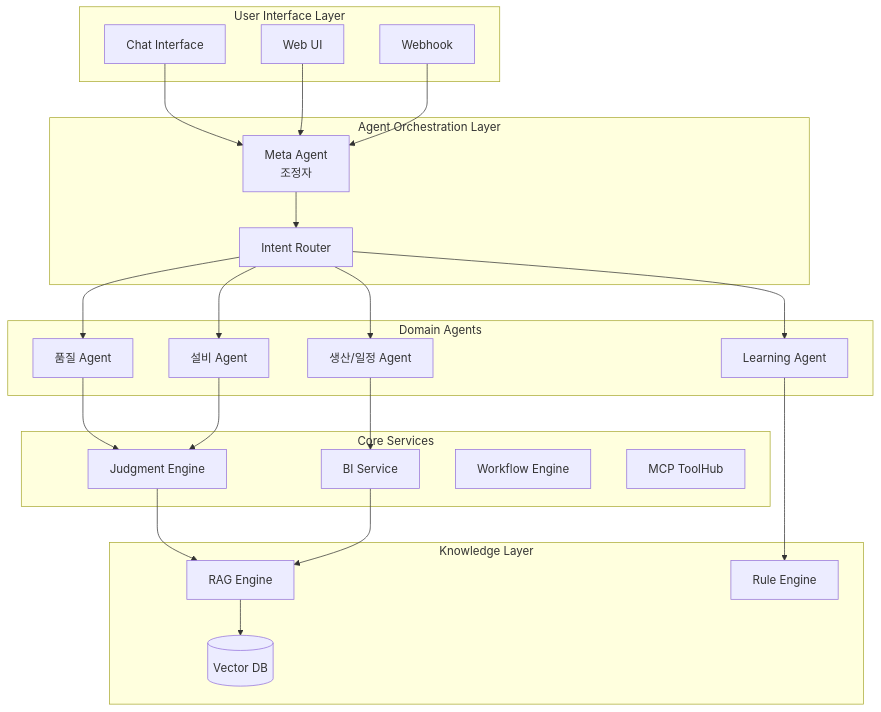
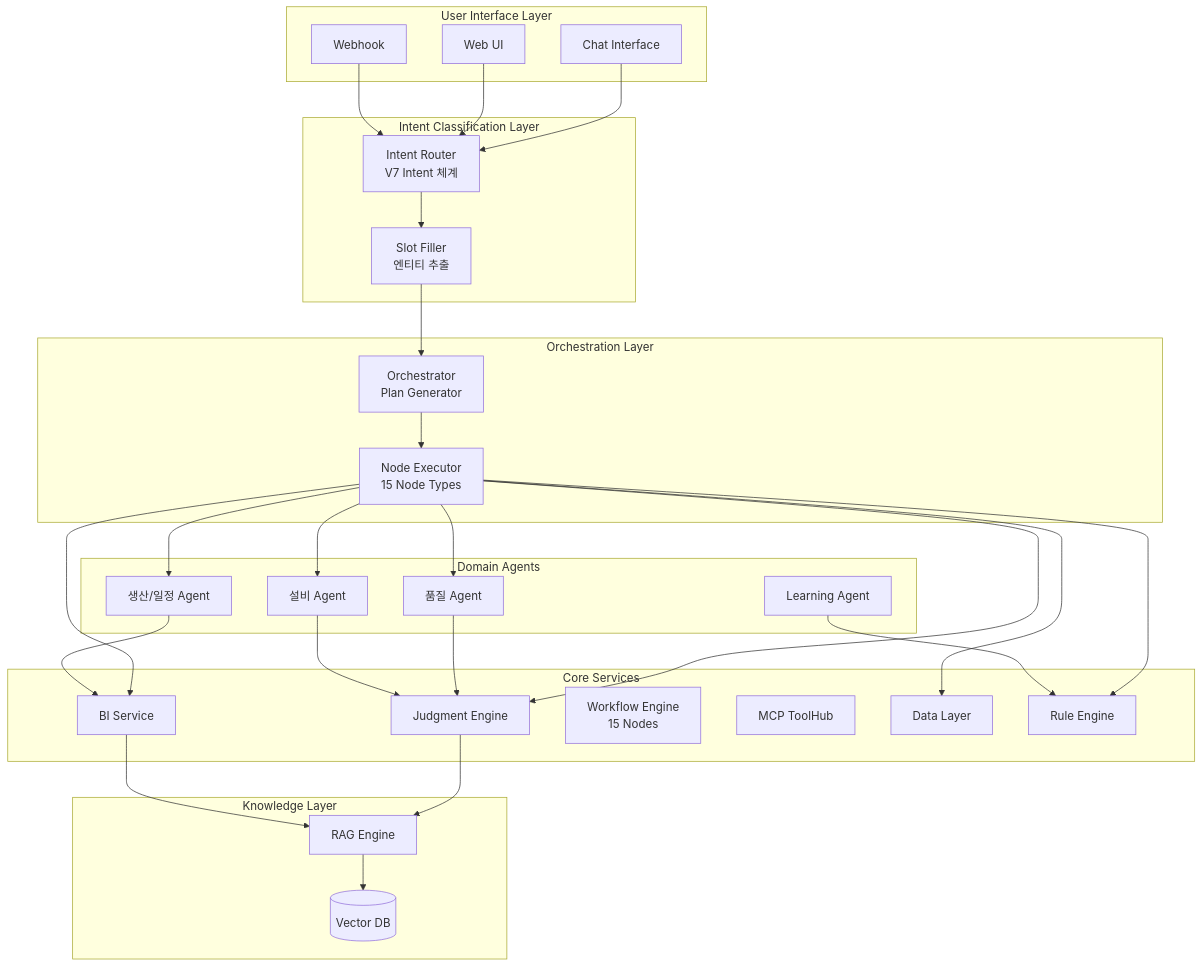
The first of 3 diagrams in docs/specs/B-6_AI_Agent_Architecture_Prompt_Spec.md (mugoori/TriFlow-AI), drawn with Mermaid before and after one commit. The commit also changed other lines of this file and 99 other files, not shown here.

````diff
--- a/docs/specs/B-6_AI_Agent_Architecture_Prompt_Spec.md
+++ b/docs/specs/B-6_AI_Agent_Architecture_Prompt_Spec.md
@@ -6,49 +15,60 @@
 ```mermaid
 graph TB
     subgraph "User Interface Layer"
         CHAT[Chat Interface]
         UI[Web UI]
         WEBHOOK[Webhook]
     end
 
-    subgraph "Agent Orchestration Layer"
-        META[Meta Agent<br/>조정자]
-        INTENT[Intent Router]
+    subgraph "Intent Classification Layer"
+        INTENT[Intent Router<br/>V7 Intent 체계]
+        SLOT[Slot Filler<br/>엔티티 추출]
+    end
+
+    subgraph "Orchestration Layer"
+        ORCH[Orchestrator<br/>Plan Generator]
+        EXEC[Node Executor<br/>15 Node Types]
     end
 
     subgraph "Domain Agents"
         QA[품질 Agent]
         EQUIP[설비 Agent]
         PROD[생산/일정 Agent]
         LEARN[Learning Agent]
     end
 
     subgraph "Core Services"
         JUD[Judgment Engine]
         BI[BI Service]
-        WF[Workflow Engine]
+        WF[Workflow Engine<br/>15 Nodes]
         MCP[MCP ToolHub]
+        DATA[Data Layer]
+        RULE[Rule Engine]
     end
 
     subgraph "Knowledge Layer"
         RAG[RAG Engine]
-        RULE[Rule Engine]
         VEC[(Vector DB)]
     end
 
-    CHAT --> META
-    UI --> META
-    WEBHOOK --> META
-    META --> INTENT
-    INTENT --> QA
-    INTENT --> EQUIP
-    INTENT --> PROD
-    INTENT --> LEARN
+    CHAT --> INTENT
+    UI --> INTENT
+    WEBHOOK --> INTENT
+    INTENT --> SLOT
+    SLOT --> ORCH
+    ORCH --> EXEC
+    EXEC --> QA
+    EXEC --> EQUIP
+    EXEC --> PROD
+    EXEC --> DATA
+    EXEC --> RULE
+    EXEC --> JUD
+    EXEC --> BI
     QA --> JUD
     EQUIP --> JUD
     PROD --> BI
     LEARN --> RULE
     JUD --> RAG
     BI --> RAG
     RAG --> VEC
 ```
````
